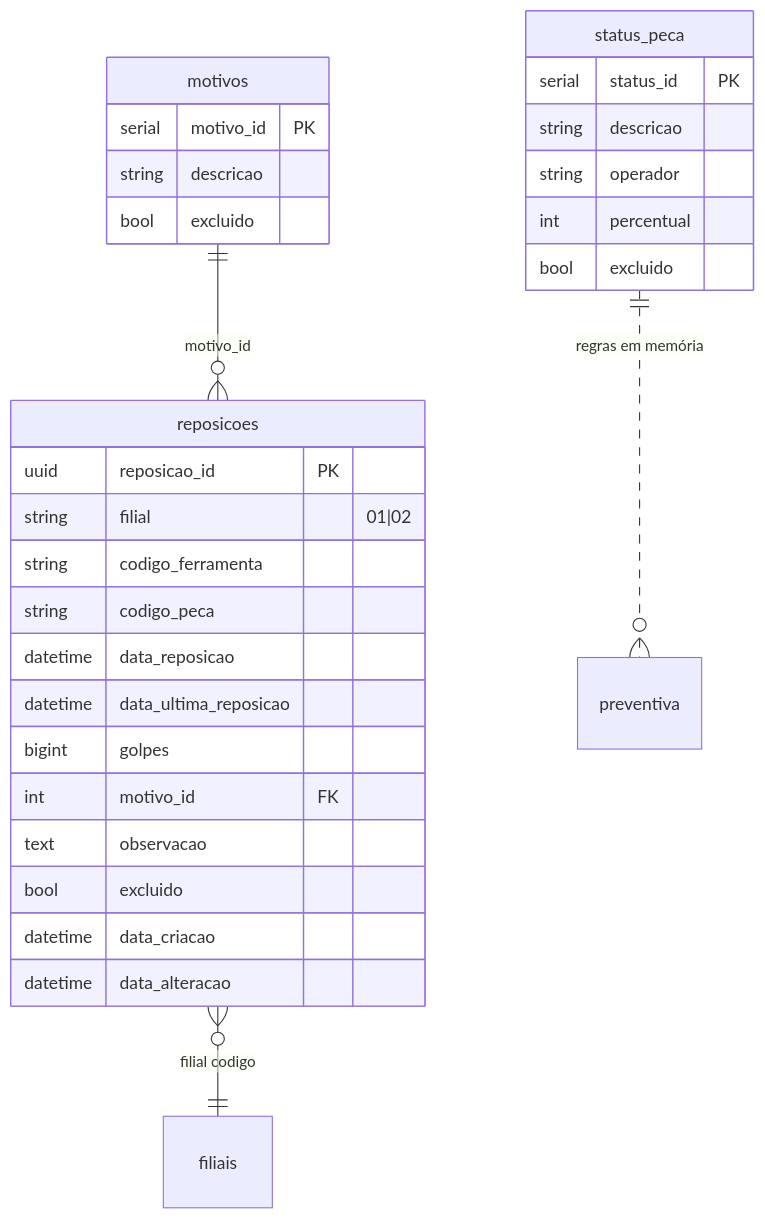
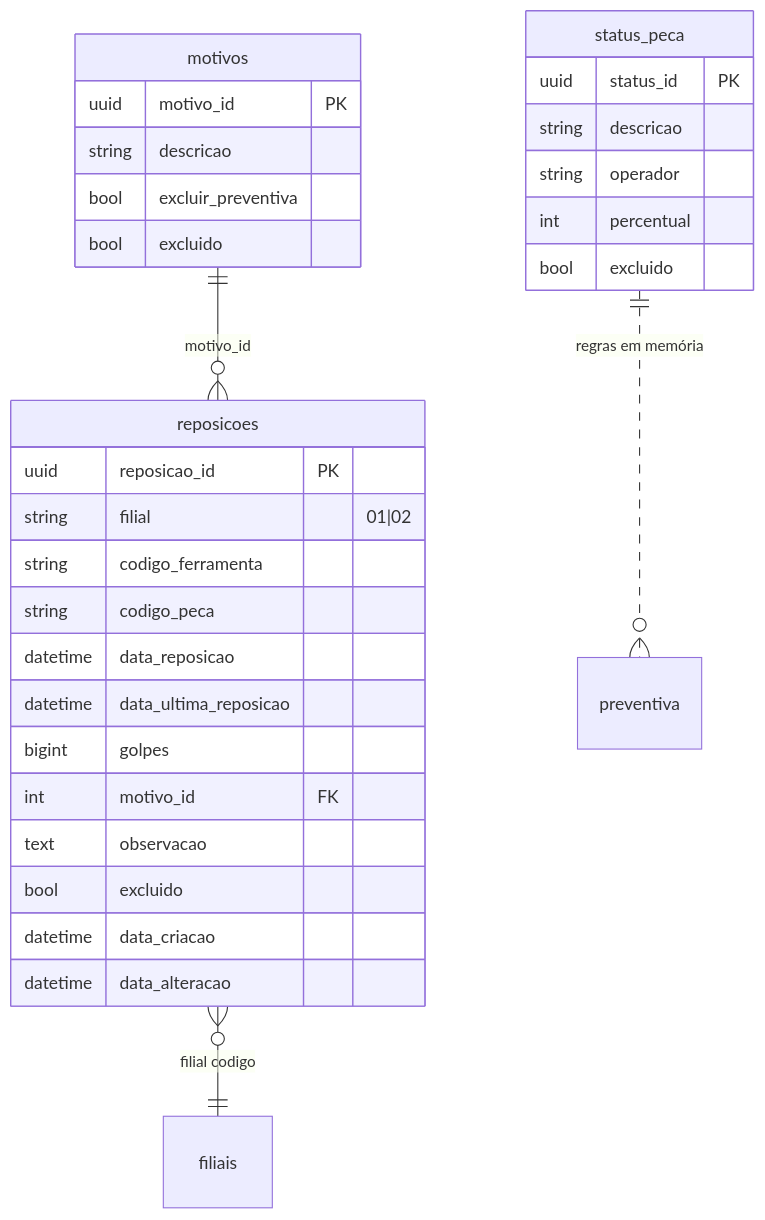
The second of 2 diagrams in docs/12-roadmap-e-evolucao/maintenance/ARCHITECTURE.md (roberiooliveiradev/delpi-central), drawn with Mermaid before and after one commit. The commit also changed 17 other files, not shown here.

First line of the commit message:
Manutenção: UUID em motivos/status, views de leitura e MFE alinhado.

````diff
--- a/docs/12-roadmap-e-evolucao/maintenance/ARCHITECTURE.md
+++ b/docs/12-roadmap-e-evolucao/maintenance/ARCHITECTURE.md
@@ -99,33 +99,34 @@
 ```mermaid
 erDiagram
   motivos ||--o{ reposicoes : "motivo_id"
   reposicoes }o--|| filiais : "filial codigo"
   status_peca ||..o{ preventiva : "regras em memória"
 
   reposicoes {
     uuid reposicao_id PK
     string filial "01|02"
     string codigo_ferramenta
     string codigo_peca
     datetime data_reposicao
     datetime data_ultima_reposicao
     bigint golpes
     int motivo_id FK
     text observacao
     bool excluido
     datetime data_criacao
     datetime data_alteracao
   }
   motivos {
-    serial motivo_id PK
+    uuid motivo_id PK
     string descricao
+    bool excluir_preventiva
     bool excluido
   }
   status_peca {
-    serial status_id PK
+    uuid status_id PK
     string descricao
     string operador
     int percentual
     bool excluido
   }
 ```
````
